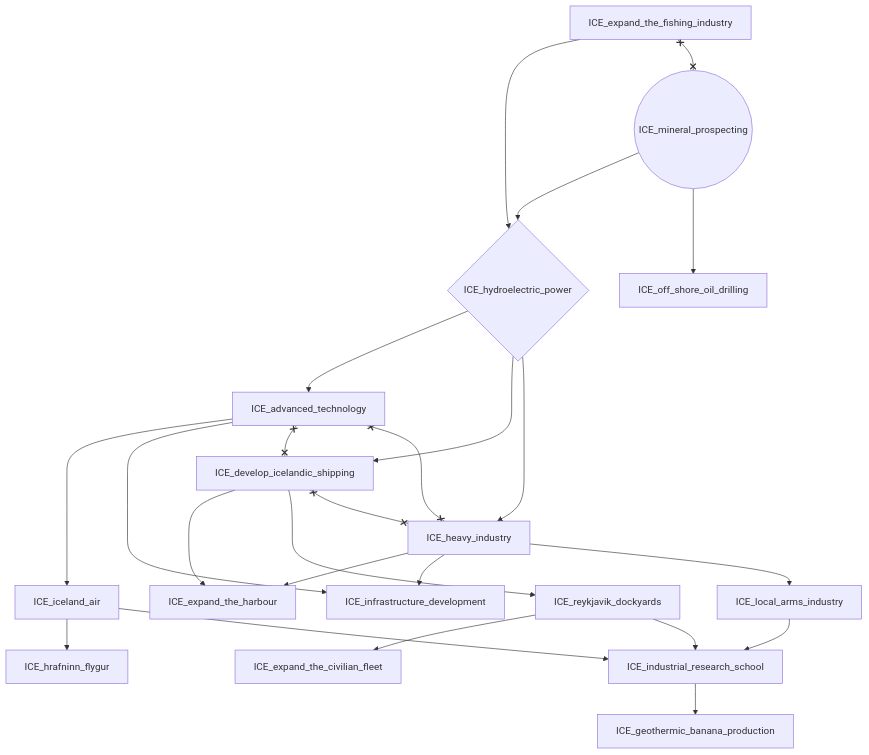
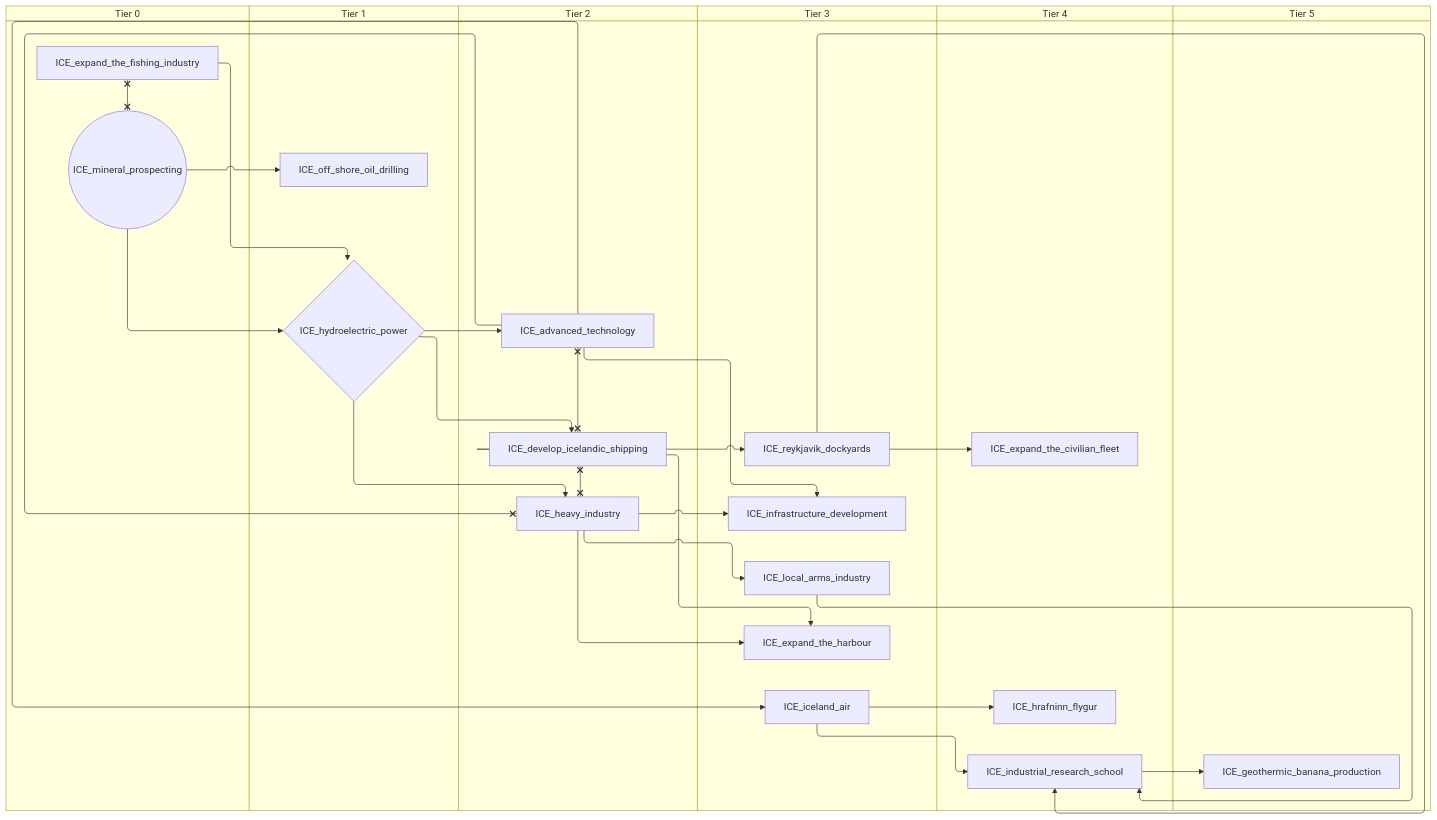
One commit to evgeny-sobol/hoi4-sandbox-mode-r56 changed the third of 6 diagrams in docs/gdd/National Focuses/iceland.md. Above: the diagram before and after it, drawn with Mermaid. The commit also changed other lines of this file and 423 other files, not shown here.

First line of the commit message:
Re-export Rt56 focus trees as swimlane diagrams

````diff
--- a/docs/gdd/National Focuses/iceland.md
+++ b/docs/gdd/National Focuses/iceland.md
@@ -59,42 +77,54 @@
 ```mermaid
-flowchart TD
-    n1["ICE_advanced_technology"]
-    n3["ICE_develop_icelandic_shipping"]
-    n4["ICE_expand_the_civilian_fleet"]
-    n5["ICE_expand_the_fishing_industry"]
-    n6["ICE_expand_the_harbour"]
-    n7["ICE_geothermic_banana_production"]
-    n8["ICE_heavy_industry"]
-    n9["ICE_hrafninn_flygur"]
-    n10{"ICE_hydroelectric_power"}
-    n11["ICE_iceland_air"]
-    n12["ICE_industrial_research_school"]
-    n13["ICE_infrastructure_development"]
-    n14["ICE_local_arms_industry"]
-    n15(("ICE_mineral_prospecting"))
-    n20["ICE_off_shore_oil_drilling"]
-    n16["ICE_reykjavik_dockyards"]
-    n10 --> n1
-    n10 --> n3
-    n16 --> n4
-    n3 --> n6
-    n8 --> n6
-    n12 --> n7
-    n10 --> n8
-    n11 --> n9
+swimlane-beta TD
+    subgraph tier_0["Tier 0"]
+        n1["ICE_expand_the_fishing_industry"]
+        n2(("ICE_mineral_prospecting"))
+    end
+    subgraph tier_1["Tier 1"]
+        n4{"ICE_hydroelectric_power"}
+        n20["ICE_off_shore_oil_drilling"]
+    end
+    subgraph tier_2["Tier 2"]
+        n5["ICE_advanced_technology"]
+        n6["ICE_develop_icelandic_shipping"]
+        n7["ICE_heavy_industry"]
+    end
+    subgraph tier_3["Tier 3"]
+        n8["ICE_expand_the_harbour"]
+        n9["ICE_iceland_air"]
+        n10["ICE_infrastructure_development"]
+        n11["ICE_local_arms_industry"]
+        n12["ICE_reykjavik_dockyards"]
+    end
+    subgraph tier_4["Tier 4"]
+        n13["ICE_expand_the_civilian_fleet"]
+        n14["ICE_hrafninn_flygur"]
+        n15["ICE_industrial_research_school"]
+    end
+    subgraph tier_5["Tier 5"]
+        n16["ICE_geothermic_banana_production"]
+    end
+    n4 --> n5
+    n4 --> n6
+    n12 --> n13
+    n6 --> n8
+    n7 --> n8
+    n15 --> n16
+    n4 --> n7
+    n9 --> n14
+    n1 --> n4
+    n2 --> n4
+    n5 --> n9
+    n11 --> n15
+    n12 --> n15
+    n9 --> n15
+    n7 --> n10
     n5 --> n10
-    n15 --> n10
-    n1 --> n11
-    n14 --> n12
-    n16 --> n12
-    n11 --> n12
-    n8 --> n13
-    n1 --> n13
-    n8 --> n14
-    n15 --> n20
-    n3 --> n16
-    n1 x--x n3
-    n1 x--x n8
-    n3 x--x n8
-    n5 x--x n15
+    n7 --> n11
+    n2 --> n20
+    n6 --> n12
+    n5 x--x n6
+    n5 x--x n7
+    n6 x--x n7
+    n1 x--x n2
 ```
````
